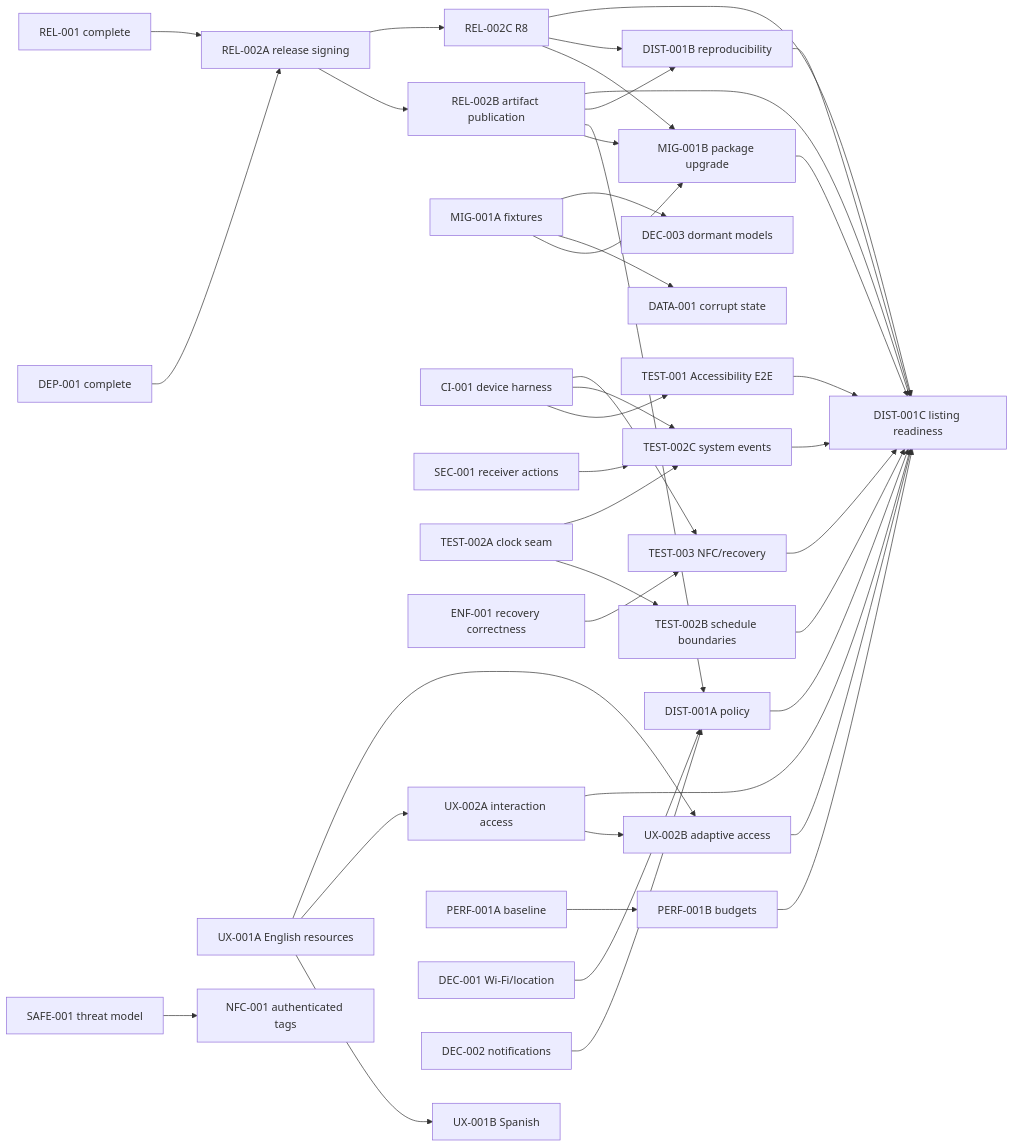
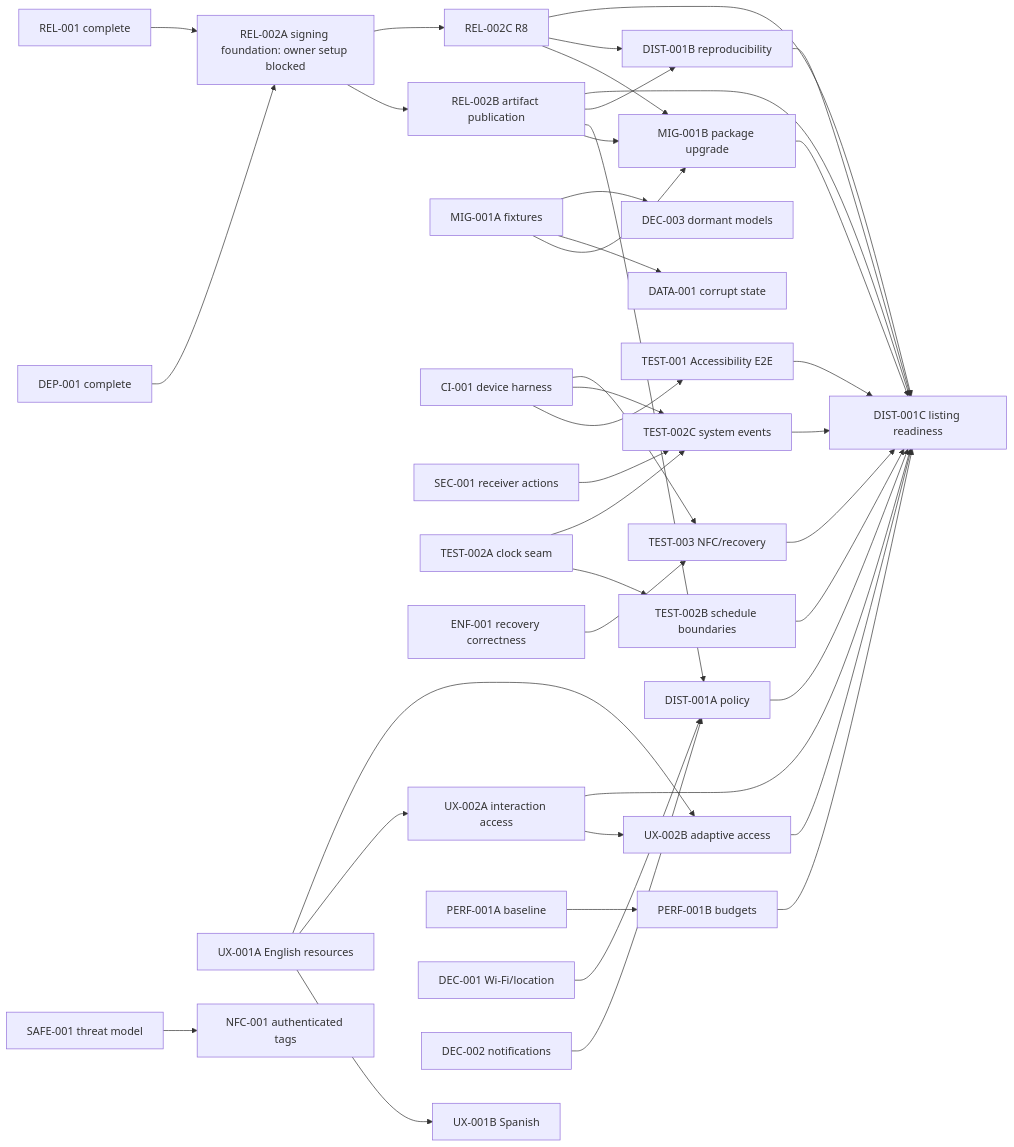
Before and after one commit to mcasillas17/WebSnag: the diagram in docs/ROADMAP.md, drawn with Mermaid. The commit also changed other lines of this file and 17 other files, not shown here.

First line of the commit message:
REL-002A: add protected release APK/AAB signing foundation (#35)

````diff
--- a/docs/ROADMAP.md
+++ b/docs/ROADMAP.md
@@ -191,47 +194,47 @@
 ```mermaid
 flowchart LR
-    DEP001["DEP-001 complete"] --> REL002A["REL-002A release signing"]
+    DEP001["DEP-001 complete"] --> REL002A["REL-002A signing foundation: owner setup blocked"]
     REL001["REL-001 complete"] --> REL002A
     REL002A --> REL002B["REL-002B artifact publication"]
     REL002A --> REL002C["REL-002C R8"]
     REL002B --> MIG001B["MIG-001B package upgrade"]
     REL002C --> MIG001B
     MIG001A["MIG-001A fixtures"] --> MIG001B
     MIG001A --> DATA001["DATA-001 corrupt state"]
 
     CI001["CI-001 device harness"] --> TEST001["TEST-001 Accessibility E2E"]
     CI001 --> TEST002C["TEST-002C system events"]
     CI001 --> TEST003["TEST-003 NFC/recovery"]
     SEC001["SEC-001 receiver actions"] --> TEST002C
     TEST002A["TEST-002A clock seam"] --> TEST002B["TEST-002B schedule boundaries"]
     TEST002A --> TEST002C
     ENF001["ENF-001 recovery correctness"] --> TEST003
 
     UX001A["UX-001A English resources"] --> UX001B["UX-001B Spanish"]
     UX001A --> UX002A["UX-002A interaction access"]
     UX001A --> UX002B["UX-002B adaptive access"]
     UX002A --> UX002B
     PERF001A["PERF-001A baseline"] --> PERF001B["PERF-001B budgets"]
     MIG001A --> DEC003["DEC-003 dormant models"]
 
     DEC001["DEC-001 Wi-Fi/location"] --> DIST001A["DIST-001A policy"]
     DEC002["DEC-002 notifications"] --> DIST001A
     REL002B --> DIST001A
     REL002B --> DIST001B["DIST-001B reproducibility"]
     REL002C --> DIST001B
 
     REL002B --> DIST001C["DIST-001C listing readiness"]
     REL002C --> DIST001C
     MIG001B --> DIST001C
     TEST001 --> DIST001C
     TEST002B --> DIST001C
     TEST002C --> DIST001C
     TEST003 --> DIST001C
     UX002A --> DIST001C
     UX002B --> DIST001C
     PERF001B --> DIST001C
     DIST001A --> DIST001C
     DIST001B --> DIST001C
 
     SAFE001["SAFE-001 threat model"] --> NFC001["NFC-001 authenticated tags"]
 ```
````
